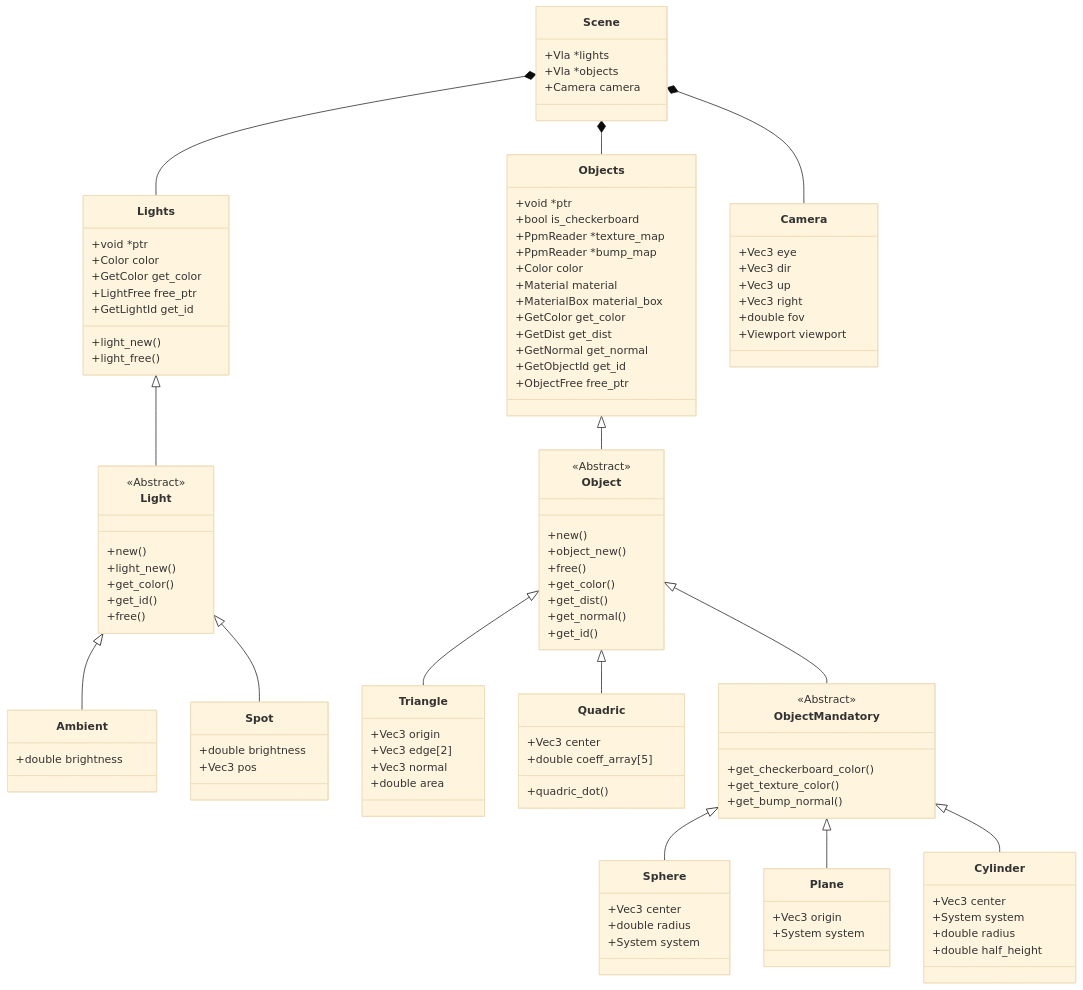
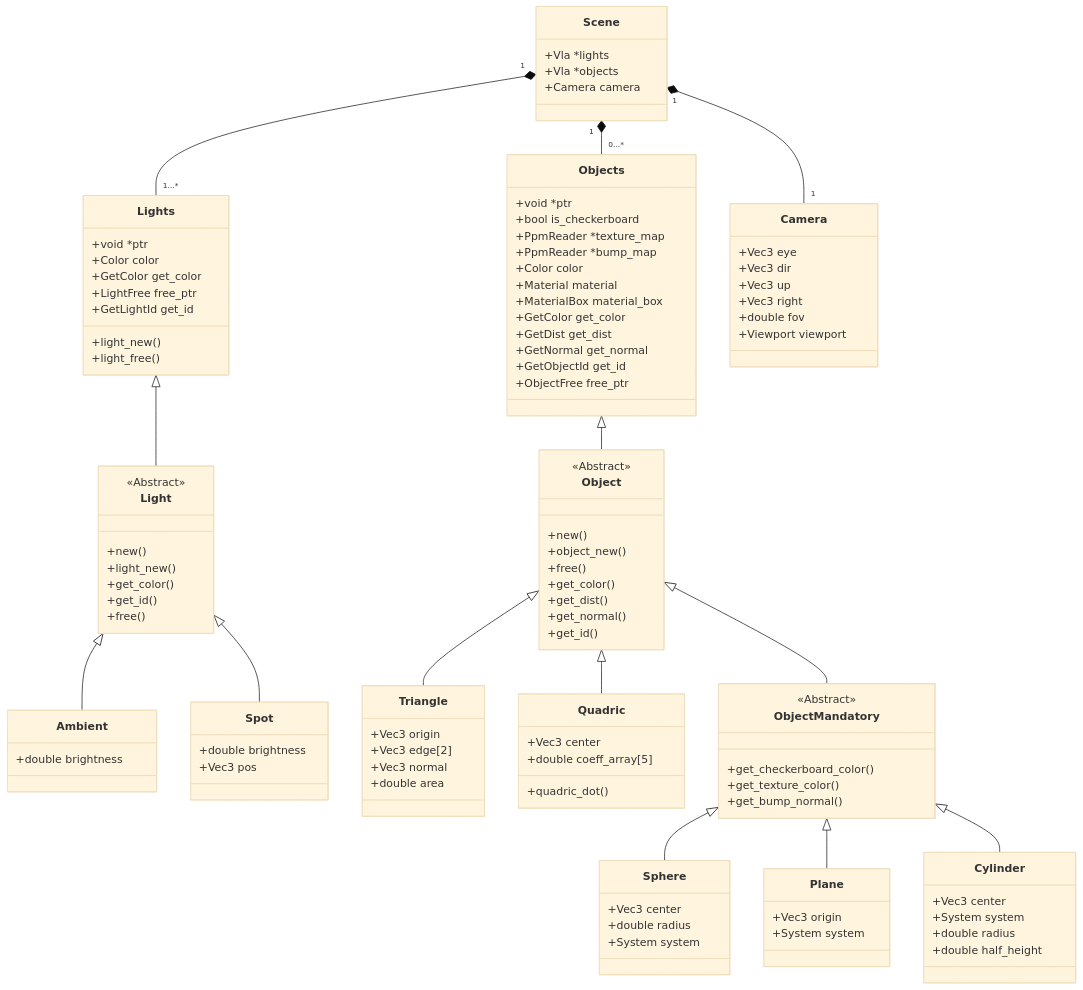
The diagram in asset/class_mermaid.md (penguin2/42-minirt), drawn with Mermaid (base theme) before and after one commit.

Commit message:
[rebase] rebaseによるコンフリクトの解消、class図に多重度を追加

````diff
--- a/asset/class_mermaid.md
+++ b/asset/class_mermaid.md
@@ -1,9 +1,9 @@
 ```mermaid
 classDiagram
 
-SCENE *-- LIGHTS
-SCENE *-- OBJECTS
-SCENE *-- CAMERA
+SCENE "1" *-- "1...*" LIGHTS
+SCENE "1" *-- "0...*" OBJECTS
+SCENE "1" *-- "1" CAMERA
 
 LIGHTS <|-- ABS_LIGHT
 ABS_LIGHT <|-- A
````
